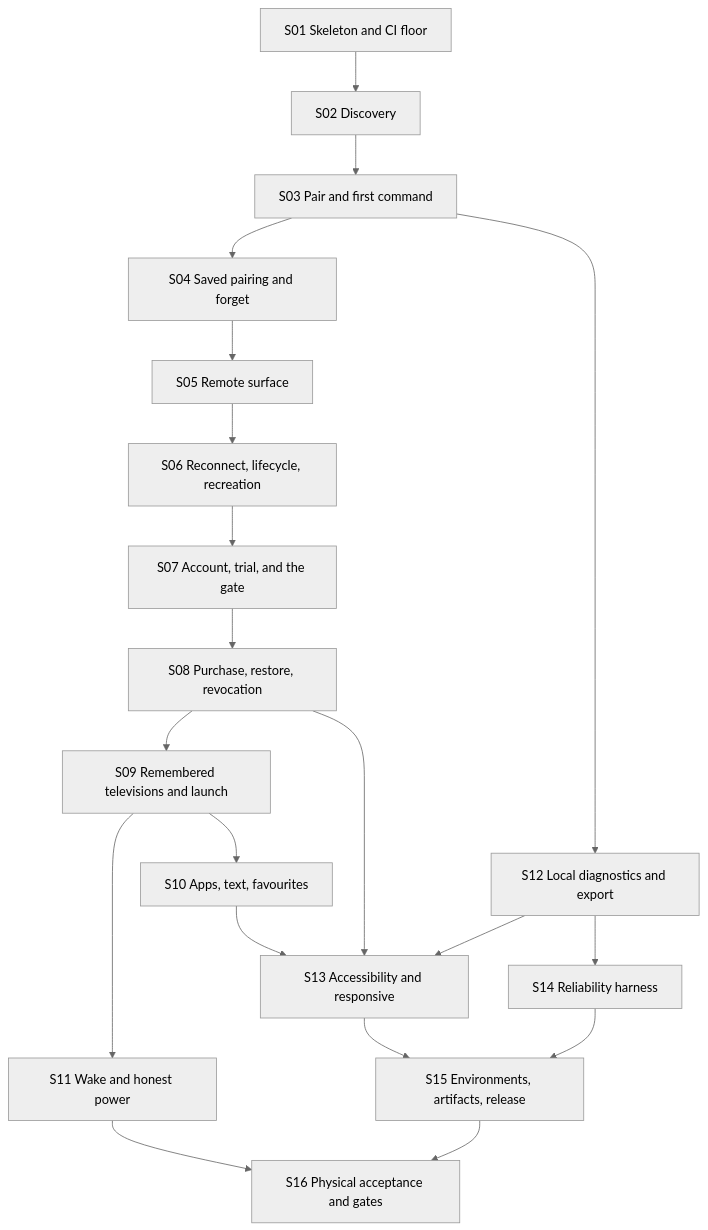
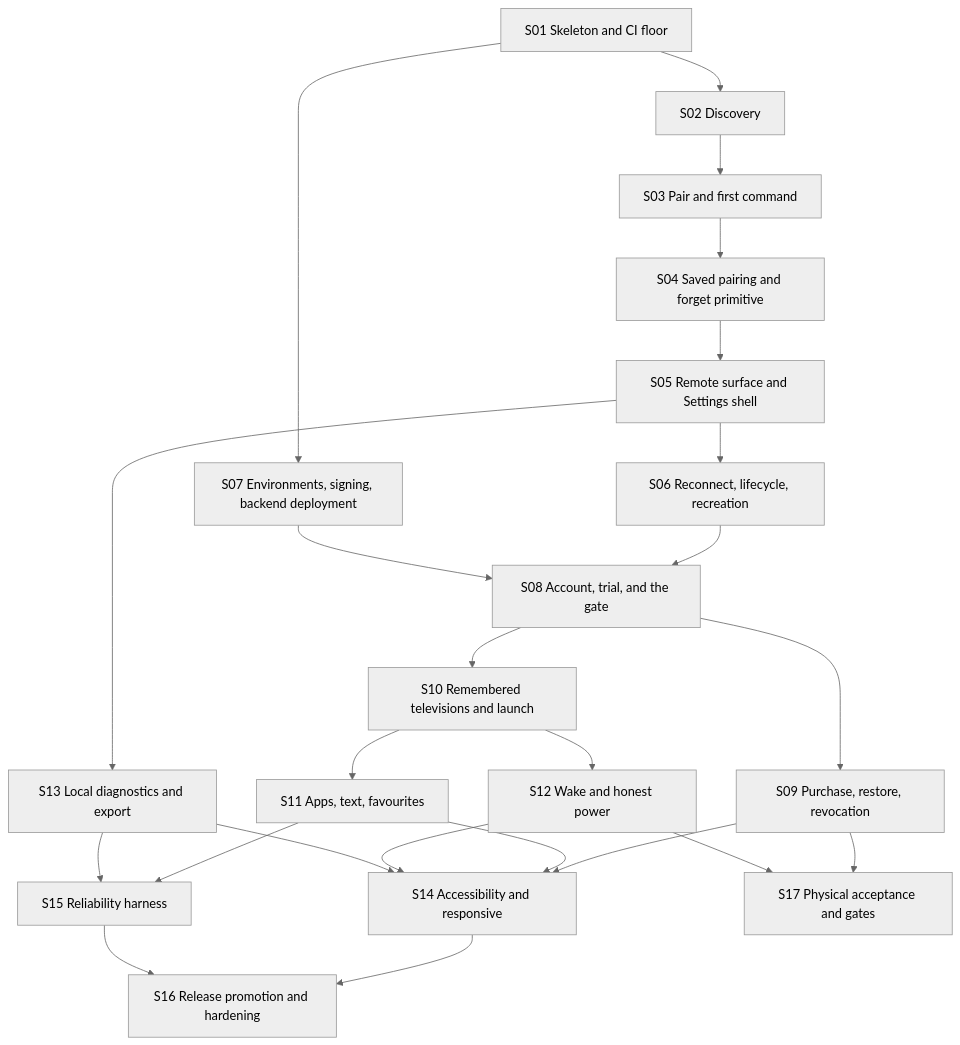
Before and after one commit to anthracite-labs/AppT: the diagram in docs/architecture/slices.md, drawn with Mermaid (neutral theme). The commit also changed other lines of this file and 8 other files, not shown here.

````diff
--- a/docs/architecture/slices.md
+++ b/docs/architecture/slices.md
@@ -21,32 +24,40 @@
 ```mermaid
 flowchart TD
   s01[S01 Skeleton and CI floor]
   s02[S02 Discovery]
   s03[S03 Pair and first command]
-  s04[S04 Saved pairing and forget]
-  s05[S05 Remote surface]
+  s04[S04 Saved pairing and forget primitive]
+  s05[S05 Remote surface and Settings shell]
   s06[S06 Reconnect, lifecycle, recreation]
-  s07[S07 Account, trial, and the gate]
-  s08[S08 Purchase, restore, revocation]
-  s09[S09 Remembered televisions and launch]
-  s10[S10 Apps, text, favourites]
-  s11[S11 Wake and honest power]
-  s12[S12 Local diagnostics and export]
-  s13[S13 Accessibility and responsive]
-  s14[S14 Reliability harness]
-  s15[S15 Environments, artifacts, release]
-  s16[S16 Physical acceptance and gates]
+  s07[S07 Environments, signing, backend deployment]
+  s08[S08 Account, trial, and the gate]
+  s09[S09 Purchase, restore, revocation]
+  s10[S10 Remembered televisions and launch]
+  s11[S11 Apps, text, favourites]
+  s12[S12 Wake and honest power]
+  s13[S13 Local diagnostics and export]
+  s14[S14 Accessibility and responsive]
+  s15[S15 Reliability harness]
+  s16[S16 Release promotion and hardening]
+  s17[S17 Physical acceptance and gates]
 
-  s01 --> s02 --> s03 --> s04 --> s05 --> s06 --> s07 --> s08 --> s09
-  s09 --> s10
-  s09 --> s11
-  s03 --> s12
-  s10 --> s13
-  s08 --> s13
-  s12 --> s13
+  s01 --> s02 --> s03 --> s04 --> s05 --> s06
+  s01 --> s07
+  s06 --> s08
+  s07 --> s08
+  s08 --> s09
+  s08 --> s10
+  s10 --> s11
+  s10 --> s12
+  s05 --> s13
+  s09 --> s14
+  s11 --> s14
   s12 --> s14
+  s13 --> s14
+  s11 --> s15
   s13 --> s15
-  s14 --> s15
-  s11 --> s16
+  s14 --> s16
   s15 --> s16
+  s09 --> s17
+  s12 --> s17
 ```
````
